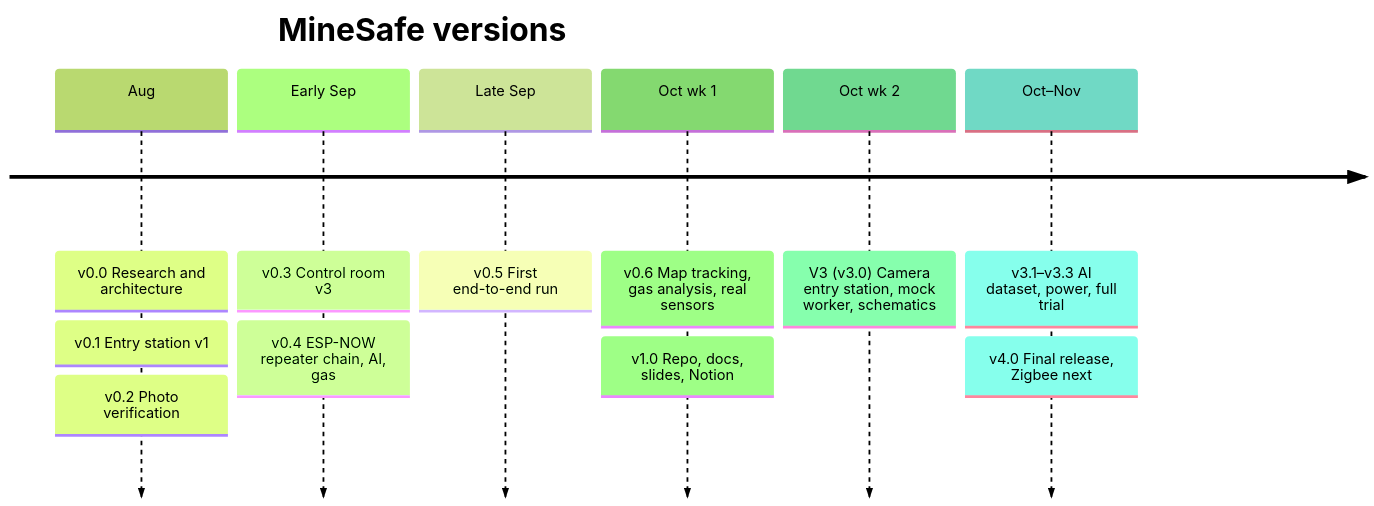
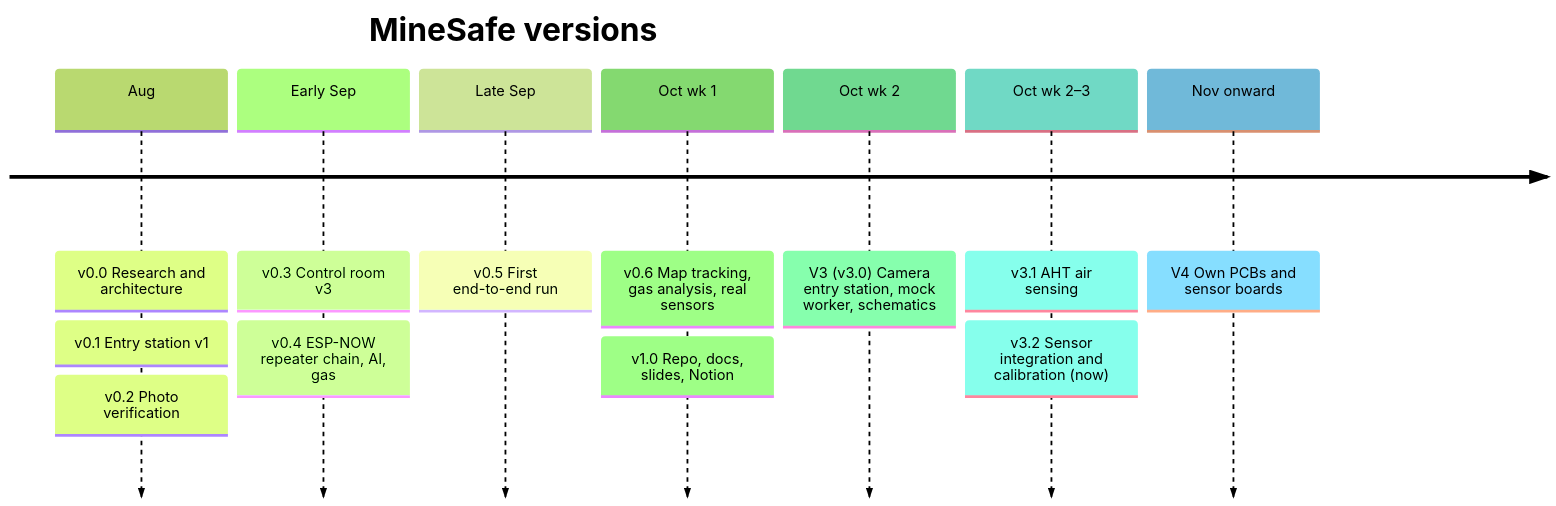
The second of 2 diagrams in ROADMAP.md (Manas-36/MINESAFE), drawn with Mermaid (forest theme) before and after one commit. The commit also changed 5 other files, not shown here.

First line of the commit message:
Status: V3 in calibration (sensor integration); V4 = our own PCBs and sensor boards

````diff
--- a/ROADMAP.md
+++ b/ROADMAP.md
@@ -236,10 +236,11 @@
 ```mermaid
 timeline
     title MineSafe versions
     Aug : v0.0 Research and architecture : v0.1 Entry station v1 : v0.2 Photo verification
     Early Sep : v0.3 Control room v3 : v0.4 ESP-NOW repeater chain, AI, gas
     Late Sep : v0.5 First end-to-end run
     Oct wk 1 : v0.6 Map tracking, gas analysis, real sensors : v1.0 Repo, docs, slides, Notion
     Oct wk 2 : V3 (v3.0) Camera entry station, mock worker, schematics
-    Oct–Nov : v3.1–v3.3 AI dataset, power, full trial : v4.0 Final release, Zigbee next
+    Oct wk 2–3 : v3.1 AHT air sensing : v3.2 Sensor integration and calibration (now)
+    Nov onward : V4 Own PCBs and sensor boards
 ```
````
